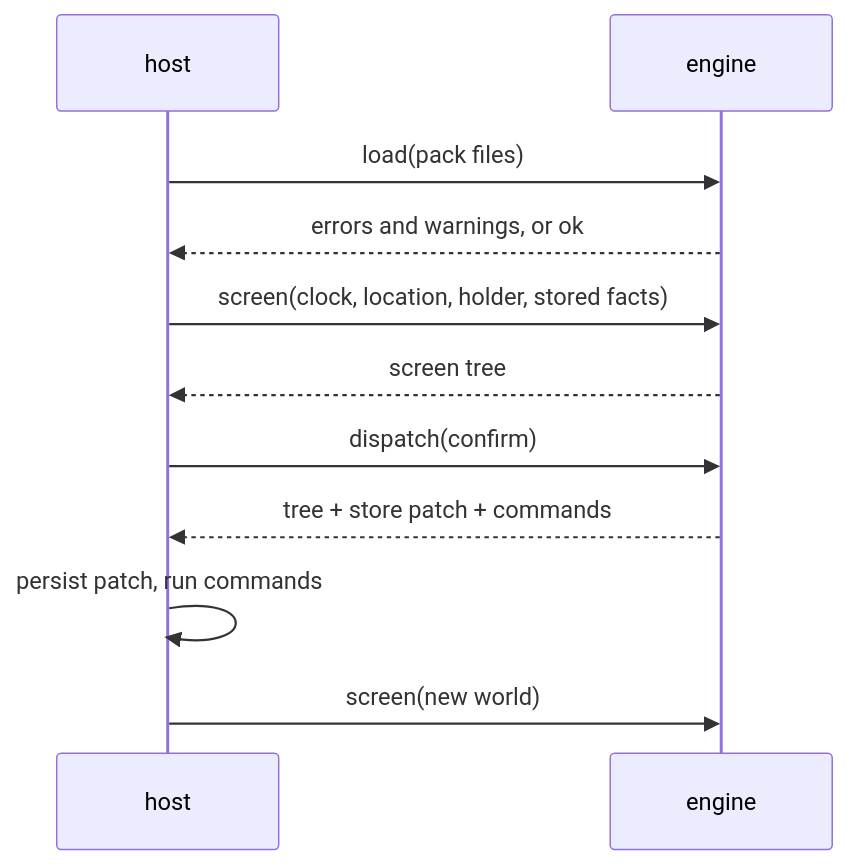
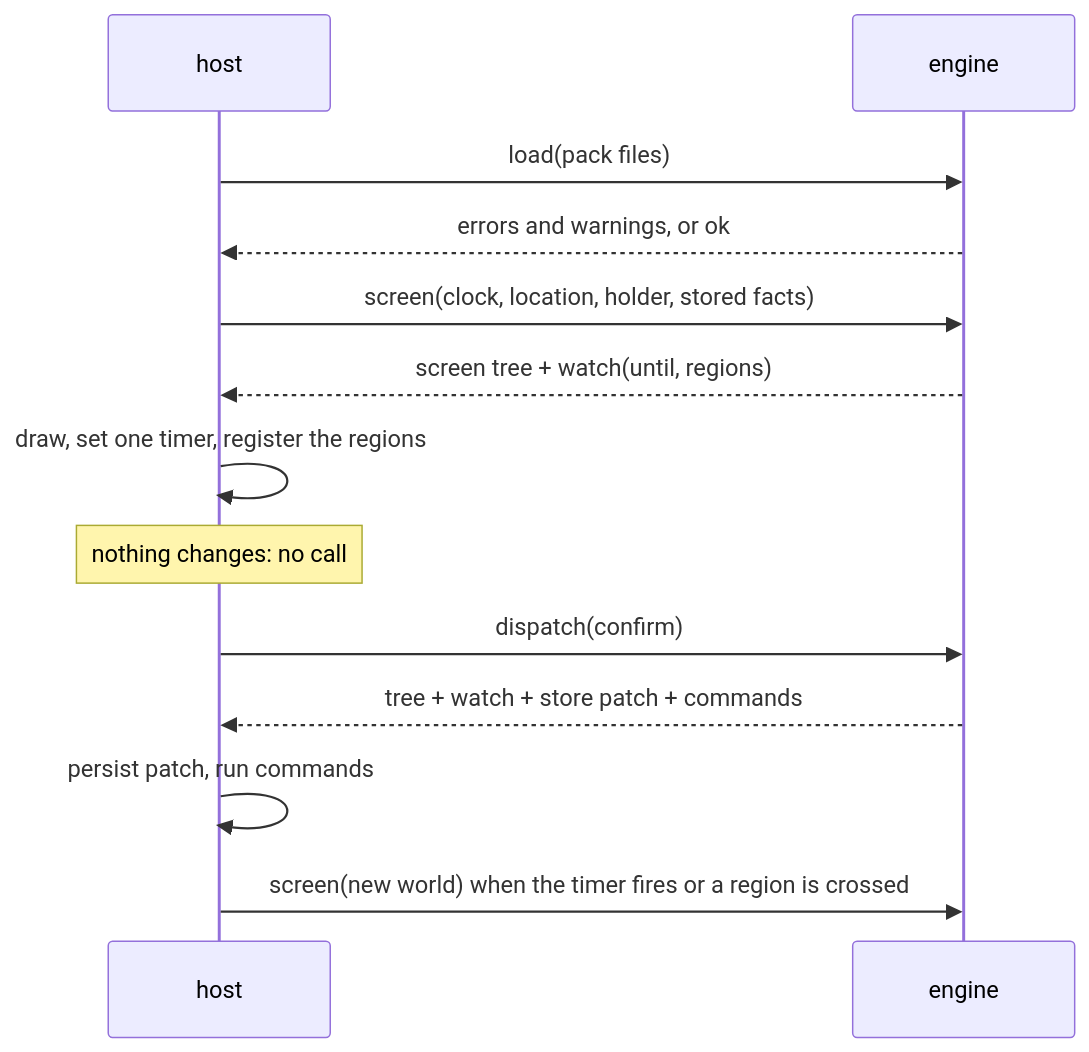
One commit to sirgrimorum/deskpress changed the second of 2 diagrams in docs/architecture.md. Above: the diagram before and after it, drawn with Mermaid. The commit also changed other lines of this file and 4 other files, not shown here.

Commit message:
docs: call the engine only when its answer can change

````diff
--- a/docs/architecture.md
+++ b/docs/architecture.md
@@ -50,13 +50,15 @@
 ```mermaid
 sequenceDiagram
   participant H as host
   participant E as engine
   H->>E: load(pack files)
   E-->>H: errors and warnings, or ok
   H->>E: screen(clock, location, holder, stored facts)
-  E-->>H: screen tree
+  E-->>H: screen tree + watch(until, regions)
+  H->>H: draw, set one timer, register the regions
+  Note over H: nothing changes: no call
   H->>E: dispatch(confirm)
-  E-->>H: tree + store patch + commands
+  E-->>H: tree + watch + store patch + commands
   H->>H: persist patch, run commands
-  H->>E: screen(new world)
+  H->>E: screen(new world) when the timer fires or a region is crossed
 ```
````
